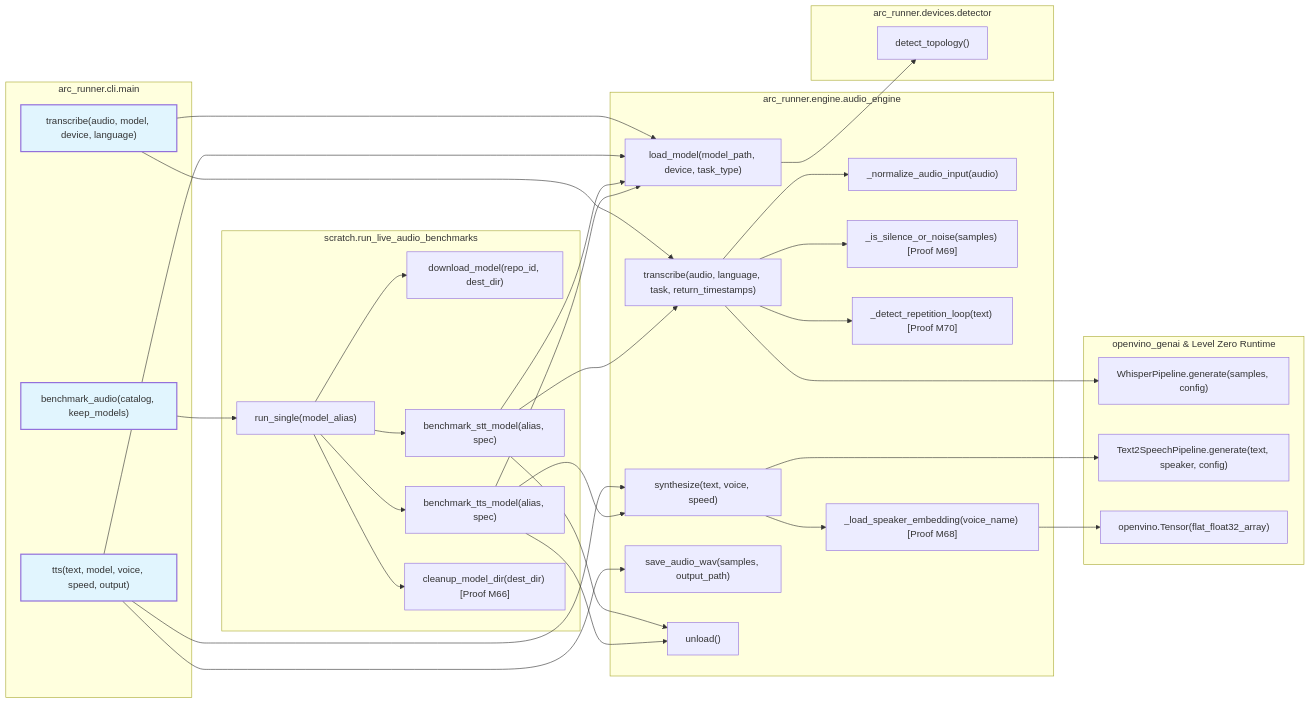
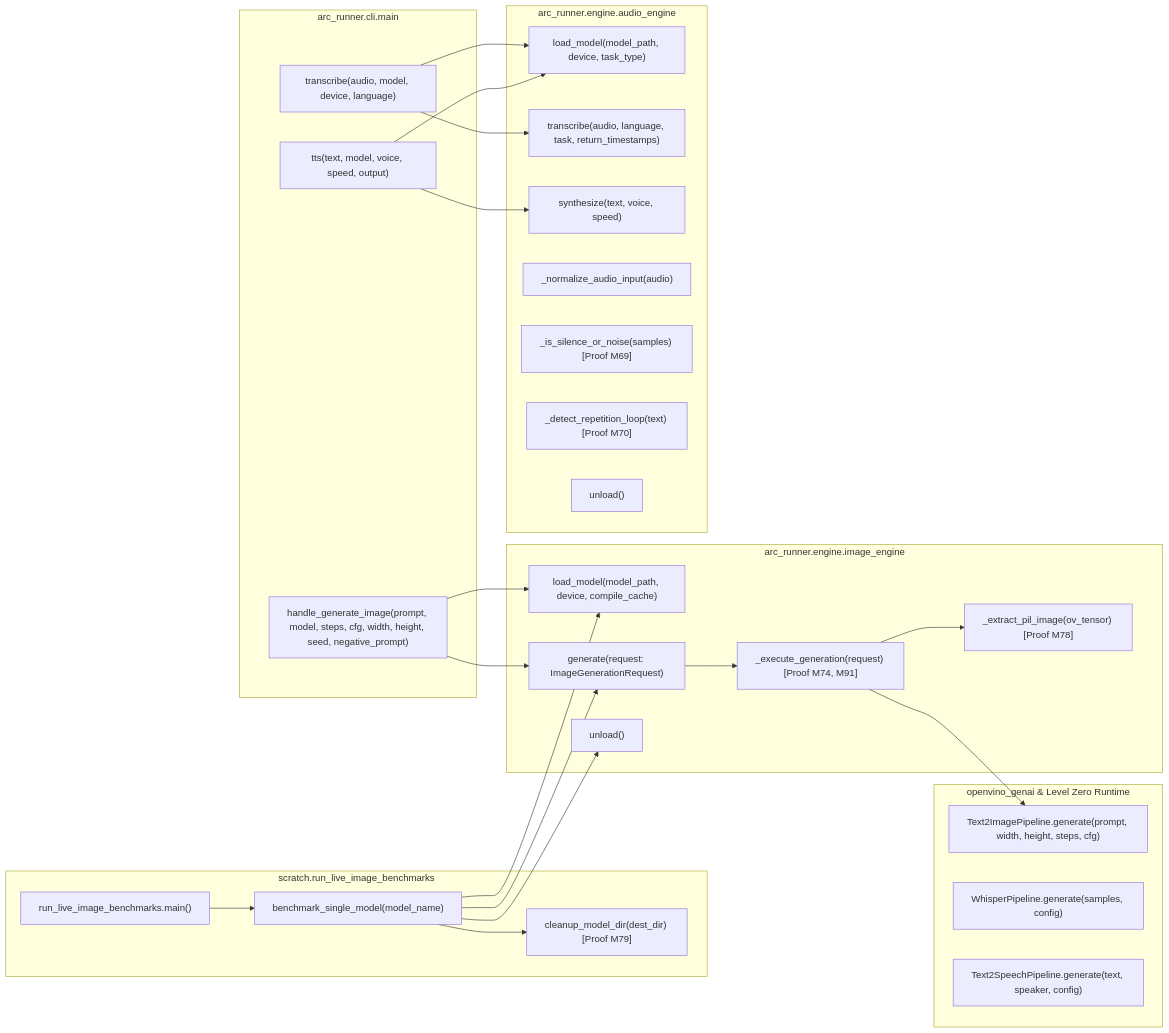
Before and after one commit to techdeveloper-org/intel-arc-models-runner: diagram 13 of 13 in docs/diagrams/README.md, drawn with Mermaid. The commit also changed other lines of this file and 29 other files, not shown here.

First line of the commit message:
docs(diagrams): synchronize all 13 UML and Draw.io diagrams with ImageEngine and Proofs M73-M93 (fixes #28)

````diff
--- a/docs/diagrams/README.md
+++ b/docs/diagrams/README.md
@@ -987,72 +976,58 @@
 ```mermaid
 flowchart LR
     subgraph arc_runner_cli_main_group[arc_runner.cli.main]
+        arc_runner_cli_main__generate_image["handle_generate_image(prompt, model, steps, cfg, width, height, seed, negative_prompt)"]
         arc_runner_cli_main__transcribe["transcribe(audio, model, device, language)"]
         arc_runner_cli_main__tts["tts(text, model, voice, speed, output)"]
-        arc_runner_cli_main__benchmark_audio["benchmark_audio(catalog, keep_models)"]
     end
 
-    subgraph scratch_live_benchmarks_group[scratch.run_live_audio_benchmarks]
-        scratch__SequentialAudioBenchmark_run_single["run_single(model_alias)"]
-        scratch__SequentialAudioBenchmark_download_model["download_model(repo_id, dest_dir)"]
-        scratch__SequentialAudioBenchmark_benchmark_stt["benchmark_stt_model(alias, spec)"]
-        scratch__SequentialAudioBenchmark_benchmark_tts["benchmark_tts_model(alias, spec)"]
-        scratch__SequentialAudioBenchmark_cleanup["cleanup_model_dir(dest_dir) [Proof M66]"]
+    subgraph scratch_live_image_group[scratch.run_live_image_benchmarks]
+        scratch__SequentialImageBenchmark_main["run_live_image_benchmarks.main()"]
+        scratch__SequentialImageBenchmark_run_model["benchmark_single_model(model_name)"]
+        scratch__SequentialImageBenchmark_cleanup["cleanup_model_dir(dest_dir) [Proof M79]"]
+    end
+
+    subgraph arc_runner_engine_image_engine_group[arc_runner.engine.image_engine]
+        ImageEngine__load_model["load_model(model_path, device, compile_cache)"]
+        ImageEngine__generate["generate(request: ImageGenerationRequest)"]
+        ImageEngine___execute_generation["_execute_generation(request) [Proof M74, M91]"]
+        ImageEngine___extract_pil_image["_extract_pil_image(ov_tensor) [Proof M78]"]
+        ImageEngine__unload["unload()"]
     end
 
     subgraph arc_runner_engine_audio_engine_group[arc_runner.engine.audio_engine]
         AudioEngine__load_model["load_model(model_path, device, task_type)"]
         AudioEngine__transcribe["transcribe(audio, language, task, return_timestamps)"]
         AudioEngine__synthesize["synthesize(text, voice, speed)"]
         AudioEngine___normalize_audio_input["_normalize_audio_input(audio)"]
         AudioEngine___is_silence_or_noise["_is_silence_or_noise(samples) [Proof M69]"]
         AudioEngine___detect_repetition_loop["_detect_repetition_loop(text) [Proof M70]"]
-        AudioEngine___load_speaker_embedding["_load_speaker_embedding(voice_name) [Proof M68]"]
-        AudioEngine__save_audio_wav["save_audio_wav(samples, output_path)"]
         AudioEngine__unload["unload()"]
     end
 
     subgraph openvino_genai_group[openvino_genai & Level Zero Runtime]
+        ov_genai__Text2ImagePipeline_generate["Text2ImagePipeline.generate(prompt, width, height, steps, cfg)"]
         ov_genai__WhisperPipeline_generate["WhisperPipeline.generate(samples, config)"]
         ov_genai__Text2SpeechPipeline_generate["Text2SpeechPipeline.generate(text, speaker, config)"]
-        openvino__Tensor["openvino.Tensor(flat_float32_array)"]
-    end
-
-    subgraph arc_runner_devices_detector_group[arc_runner.devices.detector]
-        DeviceDetector__detect_topology["detect_topology()"]
     end
 
     %% CLI Invocations
+    arc_runner_cli_main__generate_image --> ImageEngine__load_model
+    arc_runner_cli_main__generate_image --> ImageEngine__generate
     arc_runner_cli_main__transcribe --> AudioEngine__load_model
     arc_runner_cli_main__transcribe --> AudioEngine__transcribe
     arc_runner_cli_main__tts --> AudioEngine__load_model
     arc_runner_cli_main__tts --> AudioEngine__synthesize
-    arc_runner_cli_main__tts --> AudioEngine__save_audio_wav
-    arc_runner_cli_main__benchmark_audio --> scratch__SequentialAudioBenchmark_run_single
 
-    %% Sequential Benchmark Harness Execution
-    scratch__SequentialAudioBenchmark_run_single --> scratch__SequentialAudioBenchmark_download_model
-    scratch__SequentialAudioBenchmark_run_single --> scratch__SequentialAudioBenchmark_benchmark_stt
-    scratch__SequentialAudioBenchmark_run_single --> scratch__SequentialAudioBenchmark_benchmark_tts
-    scratch__SequentialAudioBenchmark_benchmark_stt --> AudioEngine__load_model
-    scratch__SequentialAudioBenchmark_benchmark_stt --> AudioEngine__transcribe
-    scratch__SequentialAudioBenchmark_benchmark_stt --> AudioEngine__unload
-    scratch__SequentialAudioBenchmark_benchmark_tts --> AudioEngine__load_model
-    scratch__SequentialAudioBenchmark_benchmark_tts --> AudioEngine__synthesize
-    scratch__SequentialAudioBenchmark_benchmark_tts --> AudioEngine__unload
-    scratch__SequentialAudioBenchmark_run_single --> scratch__SequentialAudioBenchmark_cleanup
+    %% Image Engine Internal Pipeline
+    ImageEngine__generate --> ImageEngine___execute_generation
+    ImageEngine___execute_generation --> ov_genai__Text2ImagePipeline_generate
+    ImageEngine___execute_generation --> ImageEngine___extract_pil_image
 
-    %% Engine Internal Orchestration
-    AudioEngine__load_model --> DeviceDetector__detect_topology
-    AudioEngine__transcribe --> AudioEngine___normalize_audio_input
-    AudioEngine__transcribe --> AudioEngine___is_silence_or_noise
-    AudioEngine__transcribe --> ov_genai__WhisperPipeline_generate
-    AudioEngine__transcribe --> AudioEngine___detect_repetition_loop
-    AudioEngine__synthesize --> AudioEngine___load_speaker_embedding
-    AudioEngine___load_speaker_embedding --> openvino__Tensor
-    AudioEngine__synthesize --> ov_genai__Text2SpeechPipeline_generate
-
-    style arc_runner_cli_main__transcribe stroke-width:2px,fill:#e1f5fe
-    style arc_runner_cli_main__tts stroke-width:2px,fill:#e1f5fe
-    style arc_runner_cli_main__benchmark_audio stroke-width:2px,fill:#e1f5fe
+    %% Benchmark Harness Calls
+    scratch__SequentialImageBenchmark_main --> scratch__SequentialImageBenchmark_run_model
+    scratch__SequentialImageBenchmark_run_model --> ImageEngine__load_model
+    scratch__SequentialImageBenchmark_run_model --> ImageEngine__generate
+    scratch__SequentialImageBenchmark_run_model --> ImageEngine__unload
+    scratch__SequentialImageBenchmark_run_model --> scratch__SequentialImageBenchmark_cleanup
 ```
````
